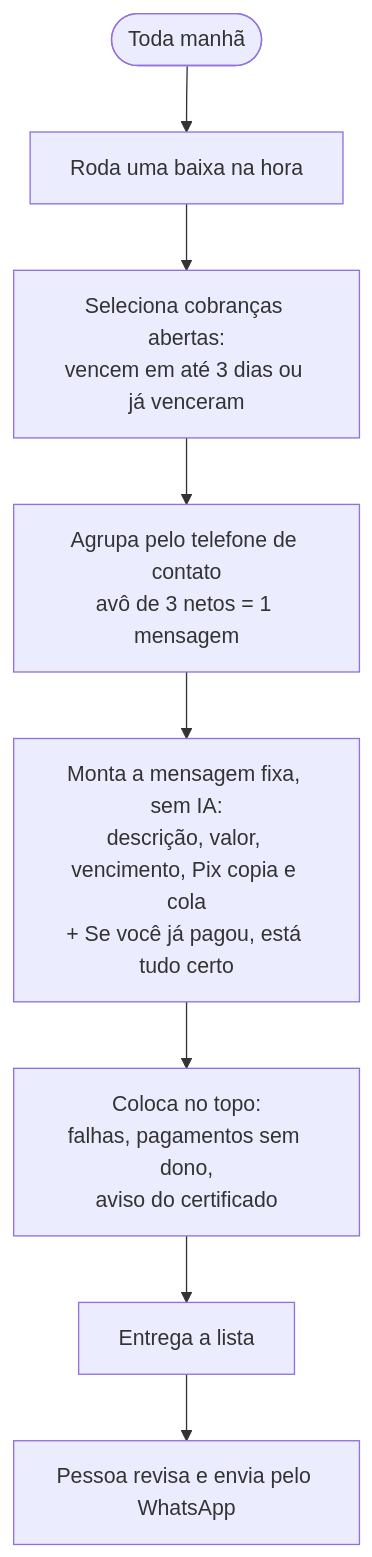
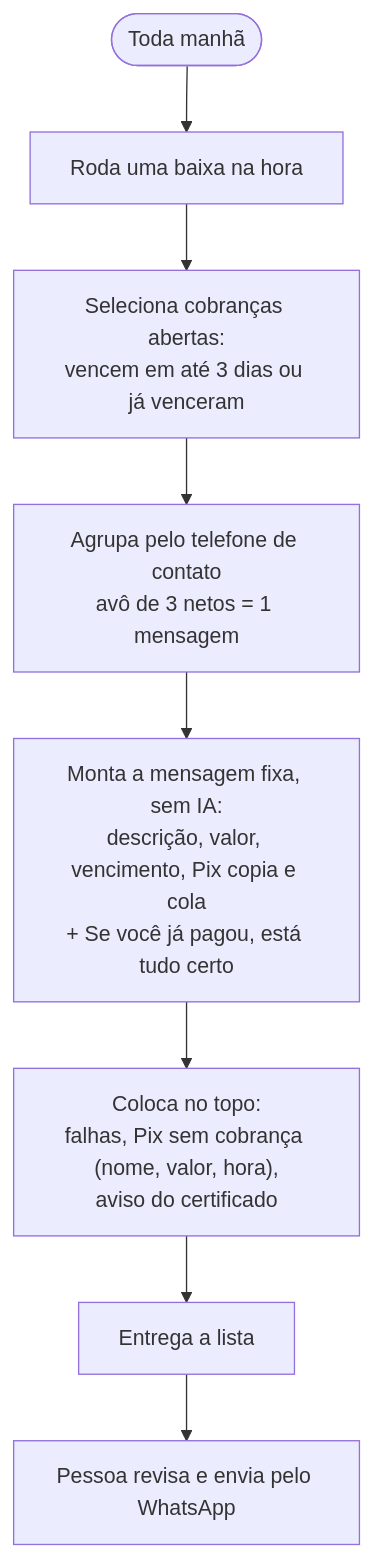
One commit to leonardorudolfocardoso/pix-em-dia changed the sixth of 9 diagrams in docs/processos.md. Above: the diagram before and after it, drawn with Mermaid. The commit also changed other lines of this file and 3 other files, not shown here.

````diff
--- a/docs/processos.md
+++ b/docs/processos.md
@@ -158,10 +164,10 @@
 ```mermaid
 flowchart TD
   inicio(["Toda manhã"]) --> baixa["Roda uma baixa na hora"]
   baixa --> seleciona["Seleciona cobranças abertas:<br/>vencem em até 3 dias ou já venceram"]
   seleciona --> agrupa["Agrupa pelo telefone de contato<br/>avô de 3 netos = 1 mensagem"]
   agrupa --> monta["Monta a mensagem fixa, sem IA:<br/>descrição, valor, vencimento, Pix copia e cola<br/>+ Se você já pagou, está tudo certo"]
-  monta --> alertas["Coloca no topo:<br/>falhas, pagamentos sem dono,<br/>aviso do certificado"]
+  monta --> alertas["Coloca no topo:<br/>falhas, Pix sem cobrança (nome, valor, hora),<br/>aviso do certificado"]
   alertas --> entrega["Entrega a lista"]
   entrega --> humano["Pessoa revisa e envia pelo WhatsApp"]
 ```
````
